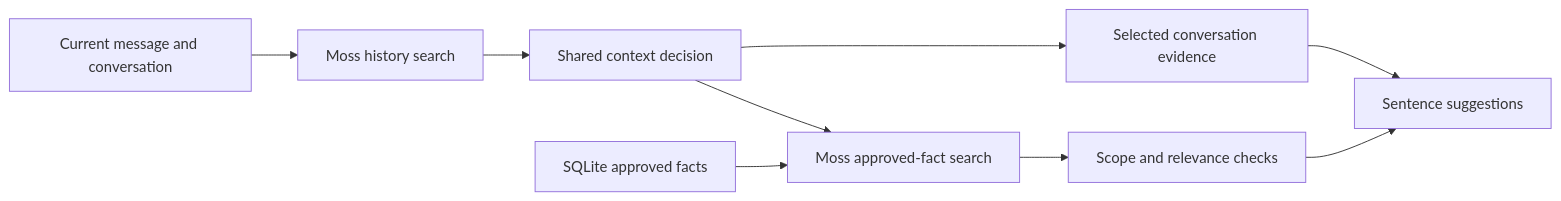
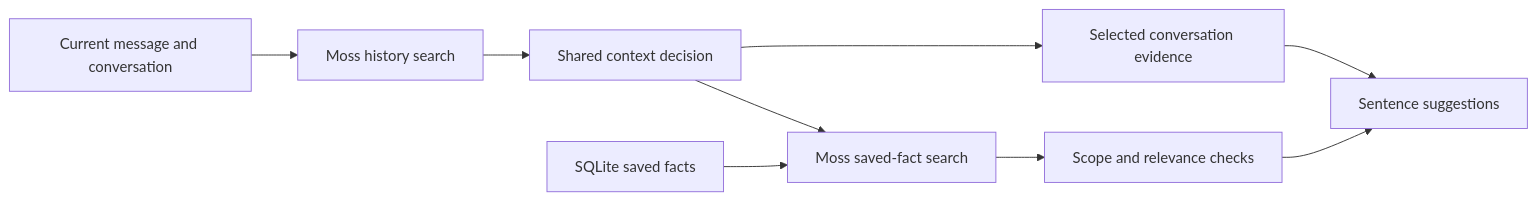
One commit to Luke-Pitstick/SpeakEasy changed the diagram in docs/memory-presentation.md. Above: the diagram before and after it, drawn with Mermaid. The commit also changed other lines of this file and 51 other files, not shown here.

````diff
--- a/docs/memory-presentation.md
+++ b/docs/memory-presentation.md
@@ -11,11 +11,11 @@
 ```mermaid
 flowchart LR
   A[Current message and conversation] --> B[Moss history search]
   B --> C[Shared context decision]
   C --> D[Selected conversation evidence]
-  C --> E[Moss approved-fact search]
-  F[SQLite approved facts] --> E
+  C --> E[Moss saved-fact search]
+  F[SQLite saved facts] --> E
   E --> G[Scope and relevance checks]
   D --> H[Sentence suggestions]
   G --> H
 ```
````
